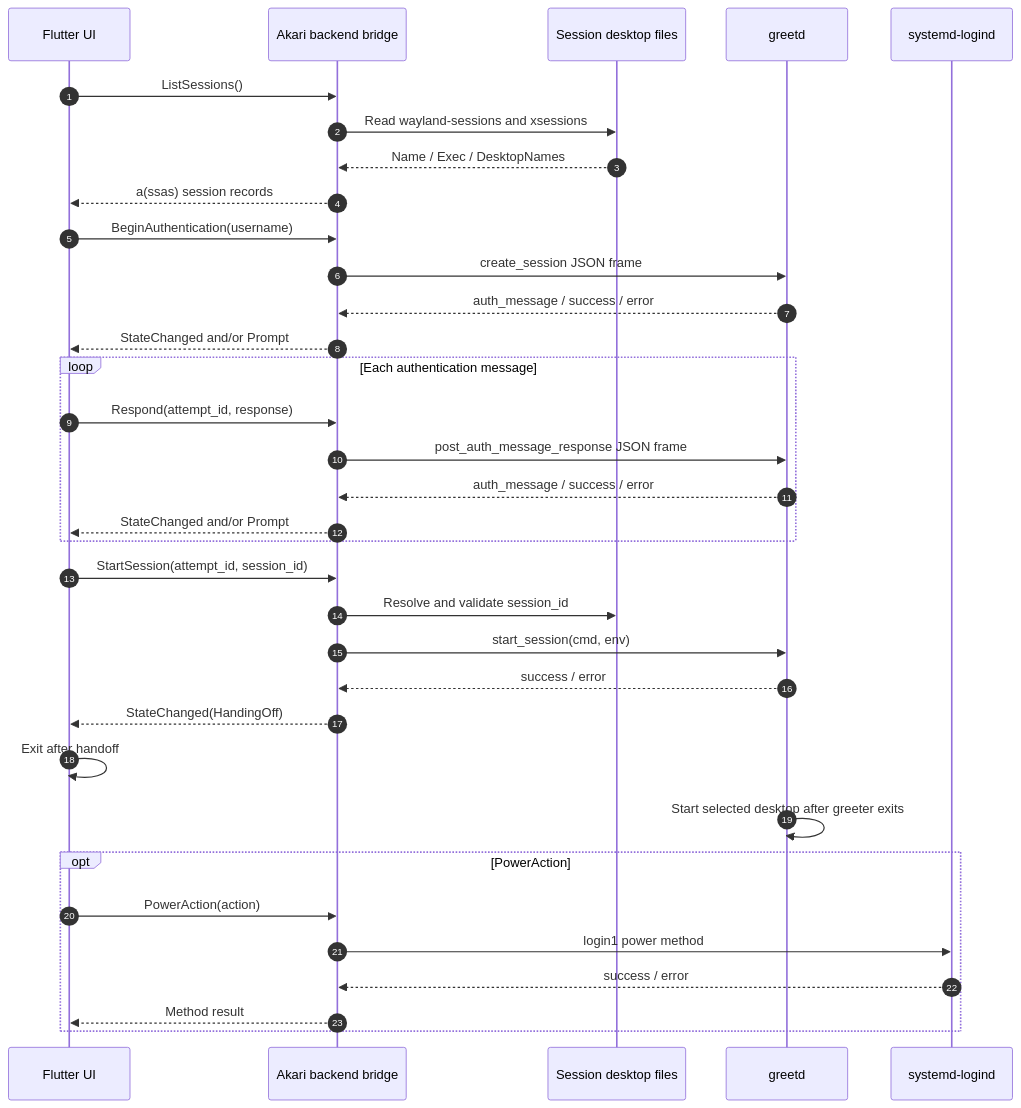
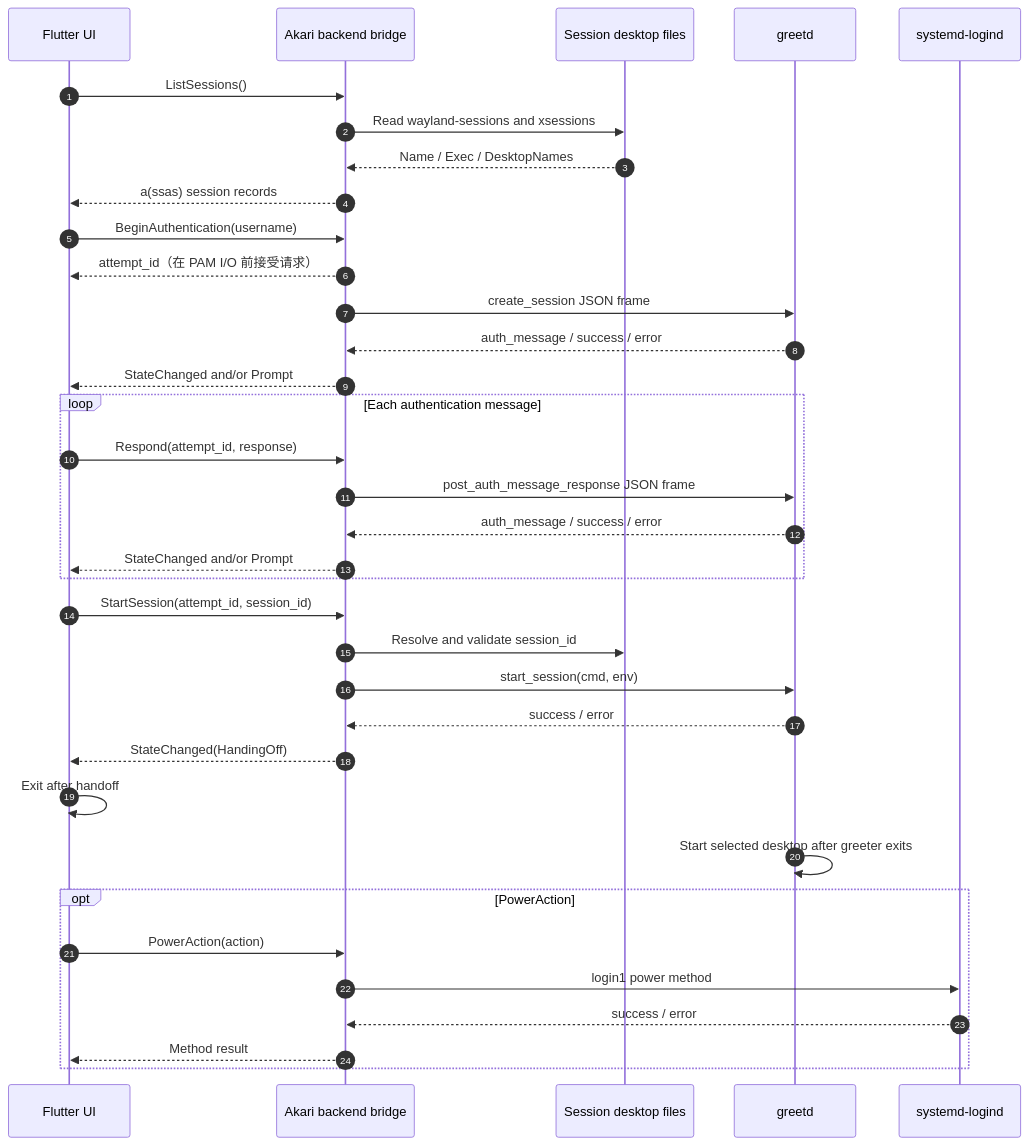
Before and after one commit to anfsity/Akari: the first of 3 diagrams in docs/zh-cn/reference/dbus.md, drawn with Mermaid. The commit also changed other lines of this file and 3 other files, not shown here.

Commit message:
fix(auth): return attempt IDs before waiting for PAM

````diff
--- a/docs/zh-cn/reference/dbus.md
+++ b/docs/zh-cn/reference/dbus.md
@@ -40,41 +40,42 @@
 ```mermaid
 sequenceDiagram
     autonumber
     participant UI as Flutter UI
     participant B as Akari backend bridge
     participant F as Session desktop files
     participant G as greetd
     participant L as systemd-logind
 
     UI->>B: ListSessions()
     B->>F: Read wayland-sessions and xsessions
     F-->>B: Name / Exec / DesktopNames
     B-->>UI: a(ssas) session records
 
     UI->>B: BeginAuthentication(username)
+    B-->>UI: attempt_id（在 PAM I/O 前接受请求）
     B->>G: create_session JSON frame
     G-->>B: auth_message / success / error
     B-->>UI: StateChanged and/or Prompt
 
     loop Each authentication message
         UI->>B: Respond(attempt_id, response)
         B->>G: post_auth_message_response JSON frame
         G-->>B: auth_message / success / error
         B-->>UI: StateChanged and/or Prompt
     end
 
     UI->>B: StartSession(attempt_id, session_id)
     B->>F: Resolve and validate session_id
     B->>G: start_session(cmd, env)
     G-->>B: success / error
     B-->>UI: StateChanged(HandingOff)
     UI->>UI: Exit after handoff
     G->>G: Start selected desktop after greeter exits
 
     opt PowerAction
         UI->>B: PowerAction(action)
         B->>L: login1 power method
         L-->>B: success / error
         B-->>UI: Method result
     end
 ```
````
